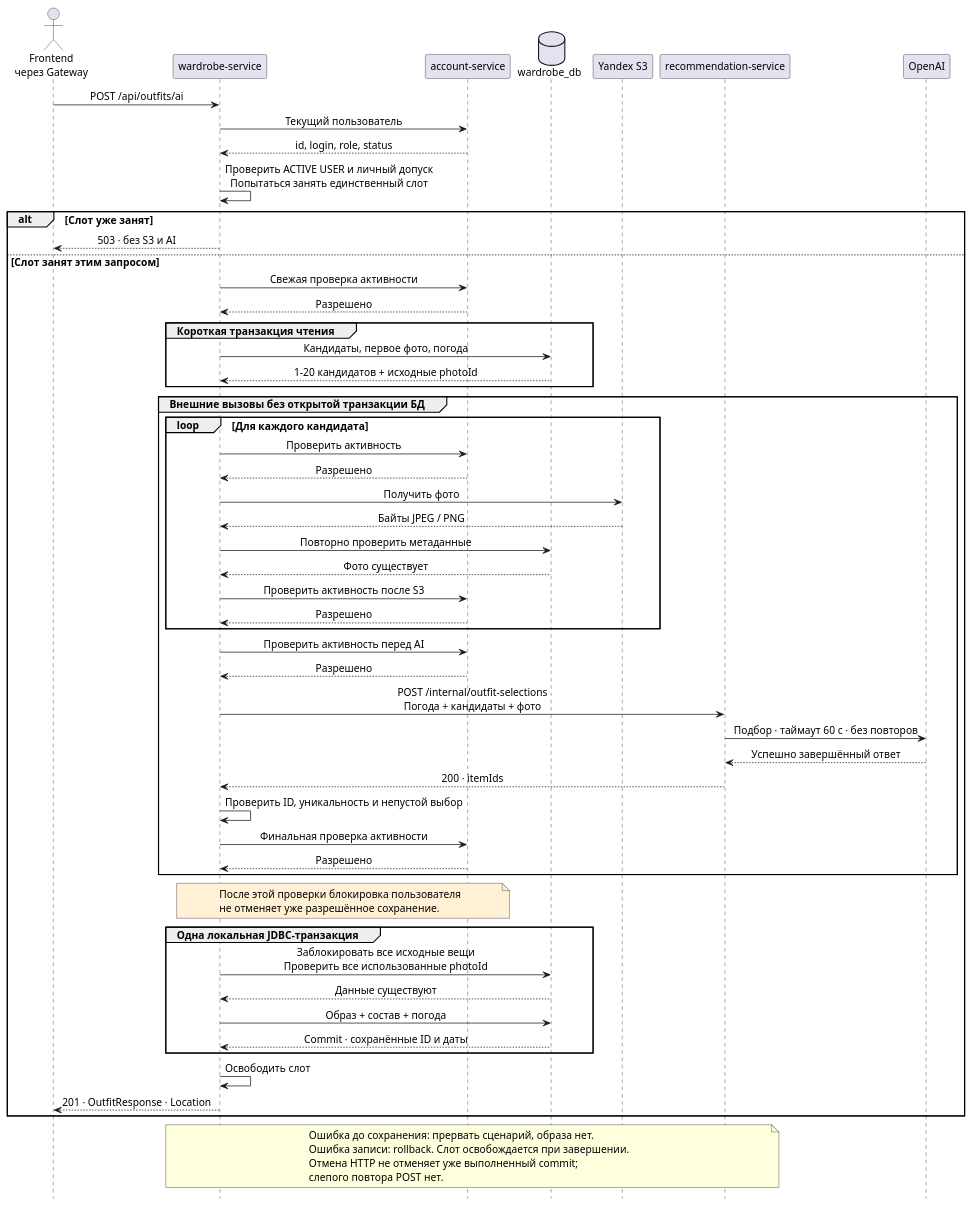
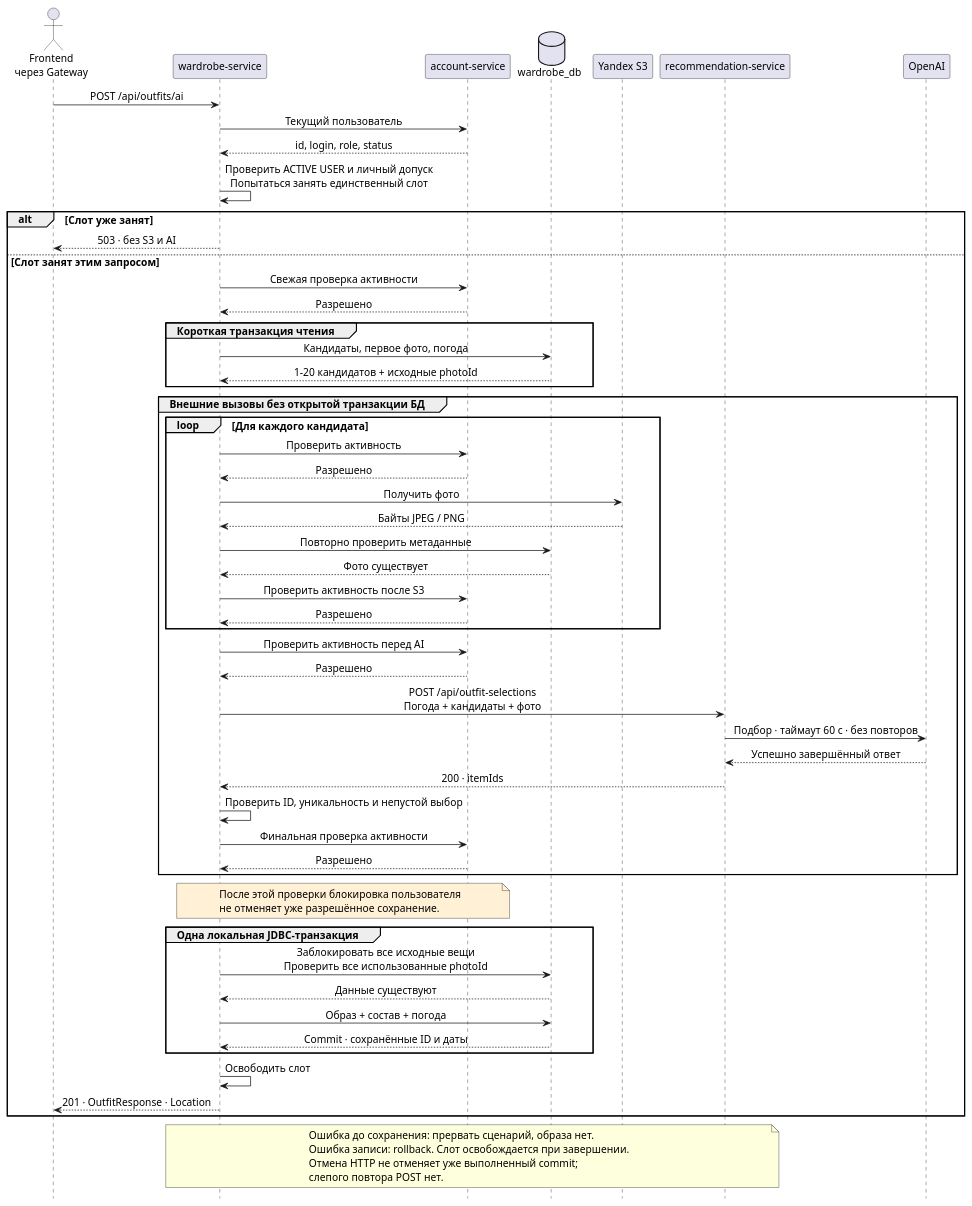
Before and after one commit to SimeonGor/clothes-advisor: the diagram in docs/lab2/diagrams/ai-selection.puml, drawn with PlantUML. The commit also changed 5 other files, not shown here.

```diff
--- a/docs/lab2/diagrams/ai-selection.puml
+++ b/docs/lab2/diagrams/ai-selection.puml
@@ -1,76 +1,76 @@
 @startuml ai-selection
 skinparam backgroundColor #FFFFFF
 skinparam defaultFontName SansSerif
 skinparam defaultFontSize 14
 skinparam shadowing false
 skinparam sequenceMessageAlign center
 skinparam responseMessageBelowArrow true
 hide footbox
 
 actor "Frontend\nчерез Gateway" as client
 participant "wardrobe-service" as wardrobe
 participant "account-service" as account
 database "wardrobe_db" as db
 participant "Yandex S3" as s3
 participant "recommendation-service" as recommendation
 participant "OpenAI" as ai
 
 client -> wardrobe : POST /api/outfits/ai
 wardrobe -> account : Текущий пользователь
 account --> wardrobe : id, login, role, status
 wardrobe -> wardrobe : Проверить ACTIVE USER и личный допуск\nПопытаться занять единственный слот
 
 alt Слот уже занят
   wardrobe --> client : 503 · без S3 и AI
 else Слот занят этим запросом
   wardrobe -> account : Свежая проверка активности
   account --> wardrobe : Разрешено
   group Короткая транзакция чтения
     wardrobe -> db : Кандидаты, первое фото, погода
     db --> wardrobe : 1–20 кандидатов + исходные photoId
   end
 
   group Внешние вызовы без открытой транзакции БД
     loop Для каждого кандидата
       wardrobe -> account : Проверить активность
       account --> wardrobe : Разрешено
       wardrobe -> s3 : Получить фото
       s3 --> wardrobe : Байты JPEG / PNG
       wardrobe -> db : Повторно проверить метаданные
       db --> wardrobe : Фото существует
       wardrobe -> account : Проверить активность после S3
       account --> wardrobe : Разрешено
     end
     wardrobe -> account : Проверить активность перед AI
     account --> wardrobe : Разрешено
-    wardrobe -> recommendation : POST /internal/outfit-selections\nПогода + кандидаты + фото
+    wardrobe -> recommendation : POST /api/outfit-selections\nПогода + кандидаты + фото
     recommendation -> ai : Подбор · таймаут 60 с · без повторов
     ai --> recommendation : Успешно завершённый ответ
     recommendation --> wardrobe : 200 · itemIds
     wardrobe -> wardrobe : Проверить ID, уникальность и непустой выбор
     wardrobe -> account : Финальная проверка активности
     account --> wardrobe : Разрешено
   end
 
   note over wardrobe, account #FFF0D6
     После этой проверки блокировка пользователя
     не отменяет уже разрешённое сохранение.
   end note
 
   group Одна локальная JDBC-транзакция
     wardrobe -> db : Заблокировать все исходные вещи\nПроверить все использованные photoId
     db --> wardrobe : Данные существуют
     wardrobe -> db : Образ + состав + погода
     db --> wardrobe : Commit · сохранённые ID и даты
   end
   wardrobe -> wardrobe : Освободить слот
   wardrobe --> client : 201 · OutfitResponse · Location
 end
 
 note over wardrobe, recommendation
   Ошибка до сохранения: прервать сценарий, образа нет.
   Ошибка записи: rollback. Слот освобождается при завершении.
   Отмена HTTP не отменяет уже выполненный commit;
   слепого повтора POST нет.
 end note
 @enduml
```
